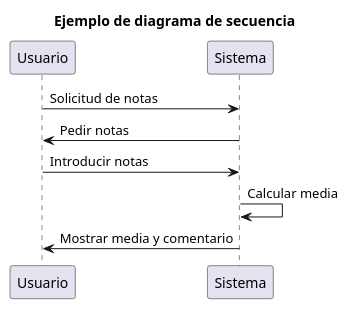
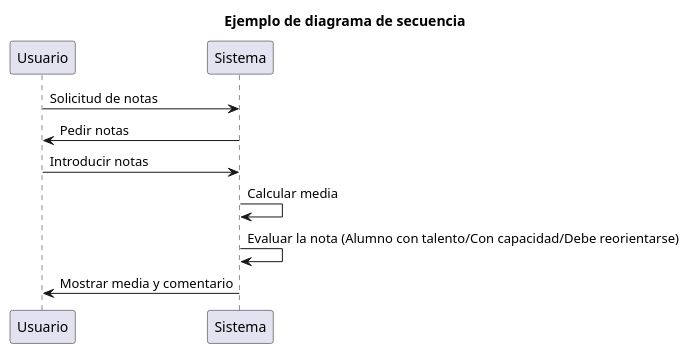
The diagram in Ejercicio 4/calificaciones-plantuml.puml (Enriquepardo/La-alternativa), drawn with PlantUML before and after one commit. The commit also changed other lines of this file, not shown here.

```diff
--- a/Ejercicio 4/calificaciones-plantuml.puml
+++ b/Ejercicio 4/calificaciones-plantuml.puml
@@ -2,14 +2,15 @@
 @startuml
 
     title Ejemplo de diagrama de secuencia
 
     participant Usuario
     participant Sistema
 
     Usuario -> Sistema: Solicitud de notas
     Sistema -> Usuario: Pedir notas
     Usuario -> Sistema: Introducir notas
     Sistema -> Sistema: Calcular media
+    Sistema -> Sistema: Evaluar la nota (Alumno con talento/Con capacidad/Debe reorientarse)    
     Sistema -> Usuario: Mostrar media y comentario
 
 @enduml
```
